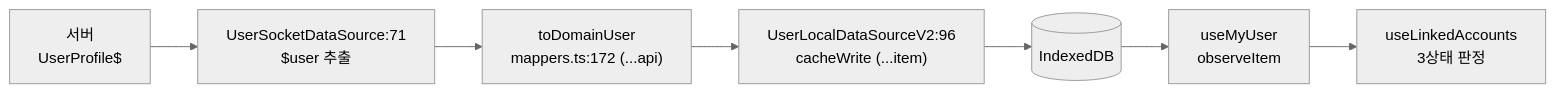
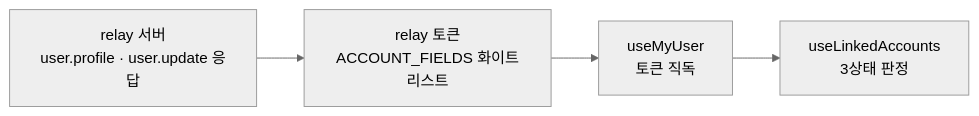
Before and after one commit to lemoncloud-io/dou-app: the third of 3 diagrams in apps/web/docs/feature/auth/account-linking.md, drawn with Mermaid (neutral theme). The commit also changed other lines of this file and 94 other files, not shown here.

````diff
--- a/apps/web/docs/feature/auth/account-linking.md
+++ b/apps/web/docs/feature/auth/account-linking.md
@@ -159,9 +169,6 @@
 ```mermaid
 graph LR
-    SRV["서버<br/>UserProfile$"] --> RDS["UserSocketDataSource:71<br/>$user 추출"]
-    RDS --> MAP["toDomainUser<br/>mappers.ts:172 (...api)"]
-    MAP --> LDS["UserLocalDataSourceV2:96<br/>cacheWrite (...item)"]
-    LDS --> IDB[(IndexedDB)]
-    IDB --> MU["useMyUser<br/>observeItem"]
+    SRV["relay 서버<br/>user.profile · user.update 응답"] --> TOK["relay 토큰<br/>ACCOUNT_FIELDS 화이트리스트"]
+    TOK --> MU["useMyUser<br/>토큰 직독"]
     MU --> LA["useLinkedAccounts<br/>3상태 판정"]
 ```
````
